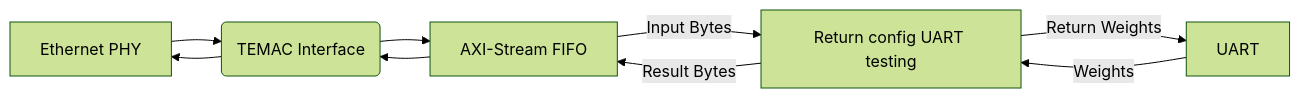
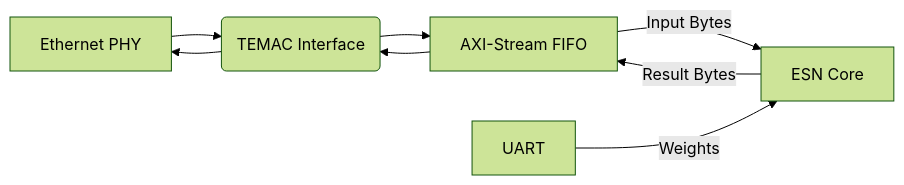
Before and after one commit to muhammadfarhan720/RNN-MIMO-Ethernet-accelerator: the second of 2 diagrams in README.md, drawn with Mermaid (forest theme).

````diff
--- a/README.md
+++ b/README.md
@@ -69,11 +69,11 @@
 ```mermaid
 graph LR
     A[Ethernet PHY] --> B(TEMAC Interface)
     B(TEMAC Interface) --> A[Ethernet PHY]
     B --> C[AXI-Stream FIFO]
     C --> |Input Bytes| D[ESN Core]
     E[UART] -->|Weights| D
-    D[Return config UART testing] -->|Return Weights| E
+ 
     D -->|Result Bytes| C
     C --> B
 ```
````
